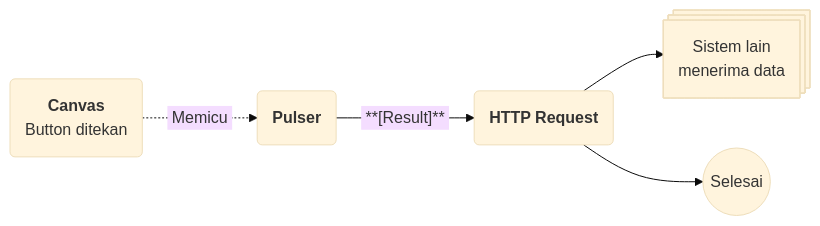
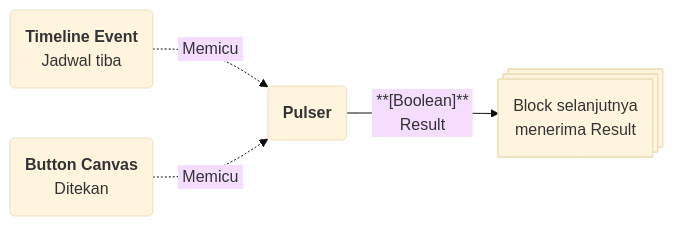
One commit to ginalne/phoenix-docs changed the diagram in Docs/Modul Logic/Flow/Flow Block/Event/Pulser.md. Above: the diagram before and after it, drawn with Mermaid (base theme). The commit also changed other lines of this file and 11 other files, not shown here.

````diff
--- a/Docs/Modul Logic/Flow/Flow Block/Event/Pulser.md
+++ b/Docs/Modul Logic/Flow/Flow Block/Event/Pulser.md
@@ -85,7 +31,6 @@
 ```mermaid
 flowchart LR
-    B@{ shape: rounded, label: "**Canvas**<br/>Button ditekan" } -.->|&nbsp;Memicu&nbsp;| P@{ shape: rounded, label: "**Pulser**" }
-    P -->|"&nbsp;**[Result]**&nbsp;"| H@{ shape: rounded, label: "**HTTP Request**" }
-    H --> S@{ shape: processes, label: "Sistem lain<br/>menerima data" }
-    H --> F@{ shape: circle, label: "Selesai" }
+    A@{ shape: rounded, label: "**Timeline Event**<br/>Jadwal tiba" } -.->|&nbsp;Memicu&nbsp;| P@{ shape: rounded, label: "**Pulser**" }
+    B@{ shape: rounded, label: "**Button Canvas**<br/>Ditekan" } -.->|&nbsp;Memicu&nbsp;| P
+    P -->|"&nbsp;**[Boolean]**&nbsp;<br>Result"| C@{ shape: processes, label: "Block selanjutnya<br/>menerima Result" }
 ```
````
